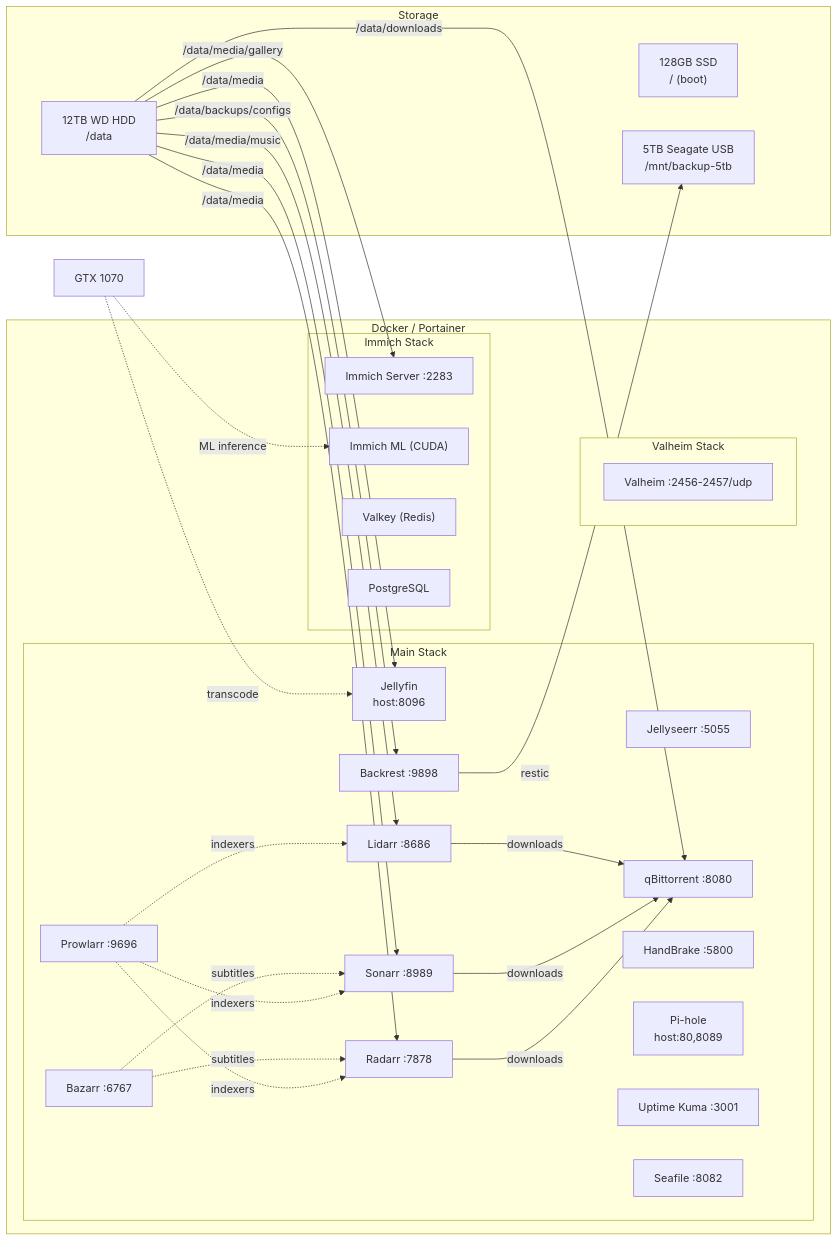
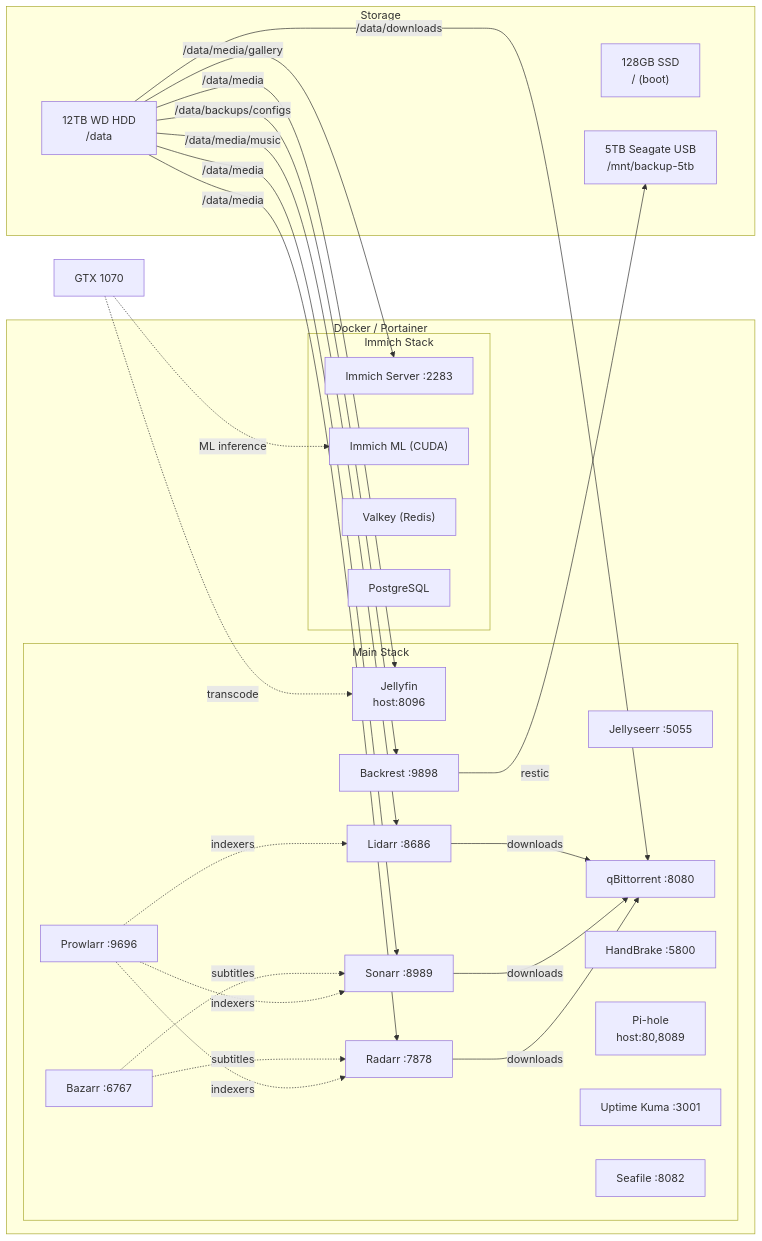
The second of 2 diagrams in README.md (Geckuss/bigmt-mediaserver), drawn with Mermaid before and after one commit. The commit also changed other lines of this file and 4 other files, not shown here.

````diff
--- a/README.md
+++ b/README.md
@@ -36,59 +36,56 @@
 ```mermaid
 graph LR
     subgraph Portainer["Docker / Portainer"]
         subgraph main["Main Stack"]
             Jellyfin["Jellyfin<br/>host:8096"]
             Radarr["Radarr :7878"]
             Sonarr["Sonarr :8989"]
             Bazarr["Bazarr :6767"]
             Lidarr["Lidarr :8686"]
             Prowlarr["Prowlarr :9696"]
             Jellyseerr["Jellyseerr :5055"]
             qBit["qBittorrent :8080"]
             HandBrake["HandBrake :5800"]
             Pihole["Pi-hole<br/>host:80,8089"]
             Backrest["Backrest :9898"]
             Kuma["Uptime Kuma :3001"]
             Seafile["Seafile :8082"]
         end
         subgraph immich["Immich Stack"]
             ImmichSrv["Immich Server :2283"]
             ImmichML["Immich ML (CUDA)"]
             Redis["Valkey (Redis)"]
             Postgres["PostgreSQL"]
-        end
-        subgraph valheim["Valheim Stack"]
-            VH["Valheim :2456-2457/udp"]
         end
     end
 
     subgraph Storage
         SSD["128GB SSD<br/>/  (boot)"]
         HDD["12TB WD HDD<br/>/data"]
         Backup["5TB Seagate USB<br/>/mnt/backup-5tb"]
     end
 
     GPU["GTX 1070"]
 
     GPU -.->|transcode| Jellyfin
     GPU -.->|ML inference| ImmichML
 
     HDD -->|/data/media| Jellyfin
     HDD -->|/data/media| Radarr
     HDD -->|/data/media| Sonarr
     HDD -->|/data/media/music| Lidarr
     HDD -->|/data/downloads| qBit
     HDD -->|/data/backups/configs| Backrest
     HDD -->|/data/media/gallery| ImmichSrv
 
     Prowlarr -.->|indexers| Radarr
     Prowlarr -.->|indexers| Sonarr
     Prowlarr -.->|indexers| Lidarr
     Radarr -->|downloads| qBit
     Sonarr -->|downloads| qBit
     Lidarr -->|downloads| qBit
     Bazarr -.->|subtitles| Radarr
     Bazarr -.->|subtitles| Sonarr
 
     Backrest -->|restic| Backup
 ```
````
